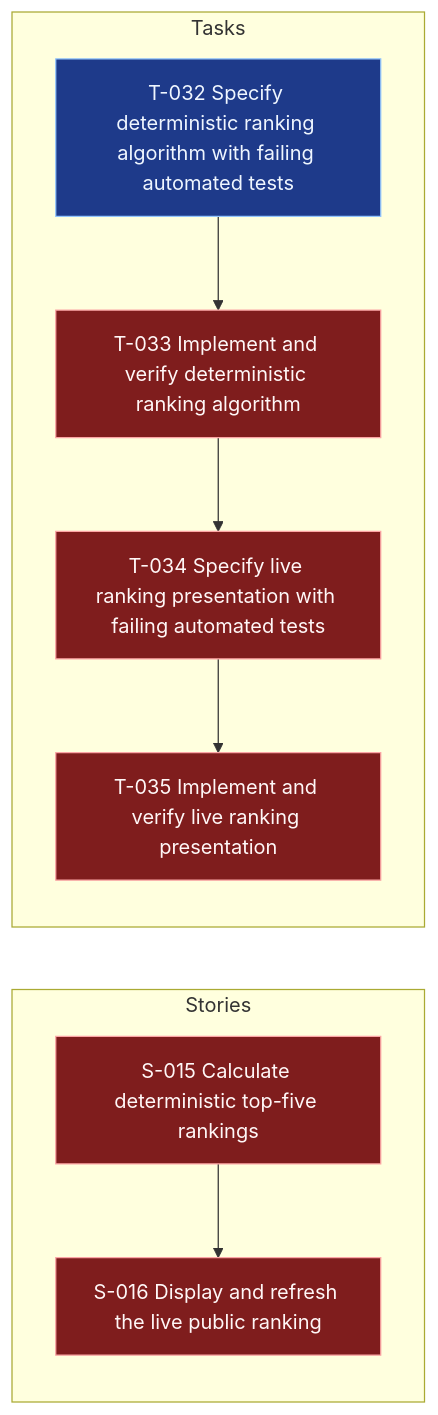
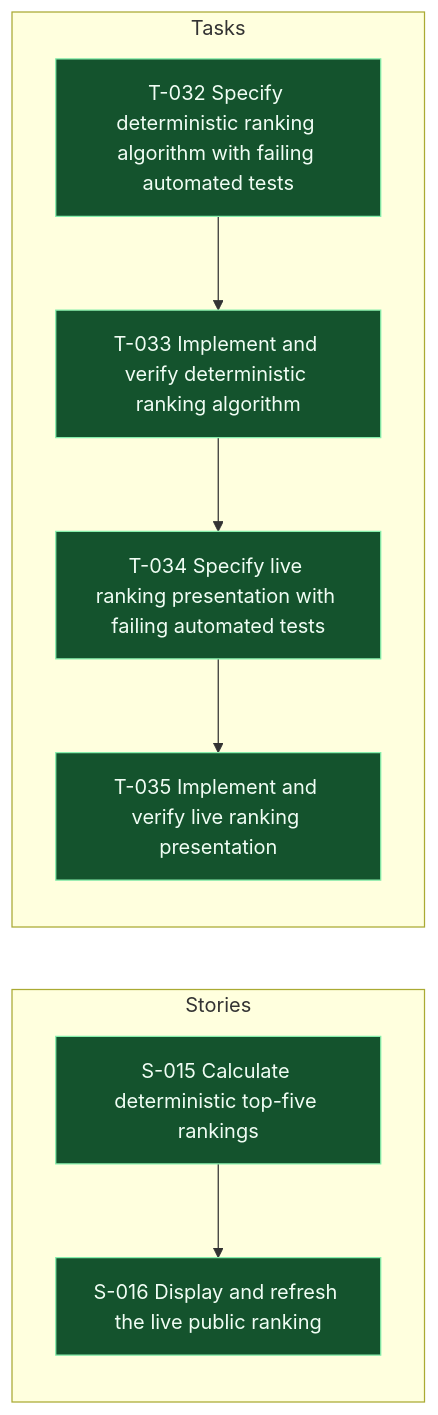
The diagram in .worktracker/graphs/E-005.mmd (andybalham/invite-agent), drawn with Mermaid before and after one commit. The commit also changed 21 other files, not shown here.

First line of the commit message:
feat: implement live ranking feature for polls

```diff
--- a/.worktracker/graphs/E-005.mmd
+++ b/.worktracker/graphs/E-005.mmd
@@ -1,26 +1,26 @@
 graph LR
   classDef done fill:#14532d,stroke:#86efac,color:#f0fdf4;
   classDef blocked fill:#7f1d1d,stroke:#fca5a5,color:#fff7f7;
   classDef inprogress fill:#78350f,stroke:#fbbf24,color:#fffbeb;
   classDef todo fill:#1e3a8a,stroke:#93c5fd,color:#eff6ff;
   classDef empty fill:#374151,stroke:#d1d5db,color:#f9fafb,stroke-dasharray: 3 3;
   subgraph Stories
-    S015["S-015 Calculate deterministic top-five rankings"]:::blocked
-    S016["S-016 Display and refresh the live public ranking"]:::blocked
+    S015["S-015 Calculate deterministic top-five rankings"]:::done
+    S016["S-016 Display and refresh the live public ranking"]:::done
     S015 --> S016
   end
   subgraph Tasks
-    T032["T-032 Specify deterministic ranking algorithm with failing automated tests"]:::todo
-    T033["T-033 Implement and verify deterministic ranking algorithm"]:::blocked
-    T034["T-034 Specify live ranking presentation with failing automated tests"]:::blocked
-    T035["T-035 Implement and verify live ranking presentation"]:::blocked
+    T032["T-032 Specify deterministic ranking algorithm with failing automated tests"]:::done
+    T033["T-033 Implement and verify deterministic ranking algorithm"]:::done
+    T034["T-034 Specify live ranking presentation with failing automated tests"]:::done
+    T035["T-035 Implement and verify live ranking presentation"]:::done
     T032 --> T033
     T033 --> T034
     T034 --> T035
   end
   click S015 "../entities/S-015-calculate-deterministic-top-five-rankings.md"
   click S016 "../entities/S-016-display-and-refresh-the-live-public-ranking.md"
   click T032 "../entities/T-032-specify-deterministic-ranking-algorithm-with-failing-automated-tests.md"
   click T033 "../entities/T-033-implement-and-verify-deterministic-ranking-algorithm.md"
   click T034 "../entities/T-034-specify-live-ranking-presentation-with-failing-automated-tests.md"
   click T035 "../entities/T-035-implement-and-verify-live-ranking-presentation.md"
```
